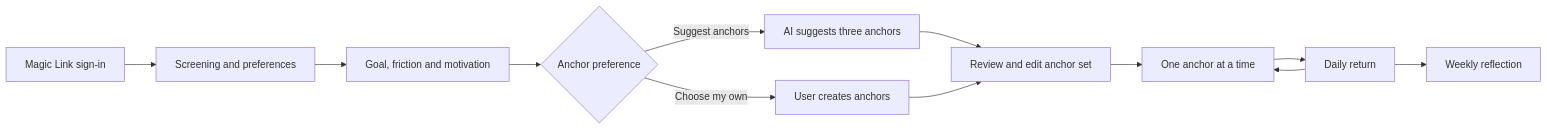
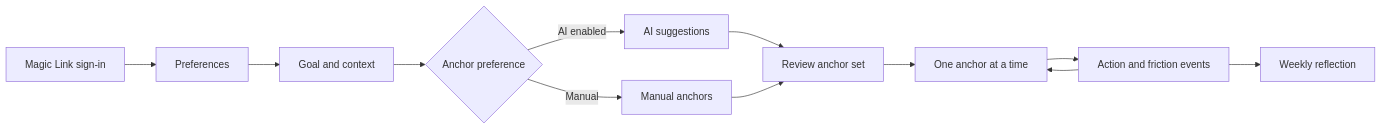
The diagram in architecture/architecture-overview.md (nadira-busse/fenela), drawn with Mermaid before and after one commit. The commit also changed other lines of this file and 124 other files, not shown here.

````diff
--- a/architecture/architecture-overview.md
+++ b/architecture/architecture-overview.md
@@ -23,25 +9,20 @@
 ```mermaid
 flowchart LR
     Auth["Magic Link sign-in"]
-    Screening["Screening and preferences"]
-    Goal["Goal, friction and motivation"]
+    Screening["Preferences"]
+    Goal["Goal and context"]
     Choice{"Anchor preference"}
-    AI["AI suggests three anchors"]
-    Manual["User creates anchors"]
-    Review["Review and edit anchor set"]
+    AI["AI suggestions"]
+    Manual["Manual anchors"]
+    Review["Review anchor set"]
     Coaching["One anchor at a time"]
-    Return["Daily return"]
+    History["Action and friction events"]
     Reflection["Weekly reflection"]
 
-    Auth --> Screening
-    Screening --> Goal
-    Goal --> Choice
-    Choice -->|Suggest anchors| AI
-    Choice -->|Choose my own| Manual
-    AI --> Review
-    Manual --> Review
-    Review --> Coaching
-    Coaching --> Return
-    Return --> Coaching
-    Return --> Reflection
+    Auth --> Screening --> Goal --> Choice
+    Choice -->|AI enabled| AI --> Review
+    Choice -->|Manual| Manual --> Review
+    Review --> Coaching --> History
+    History --> Coaching
+    History --> Reflection
 ```
````
